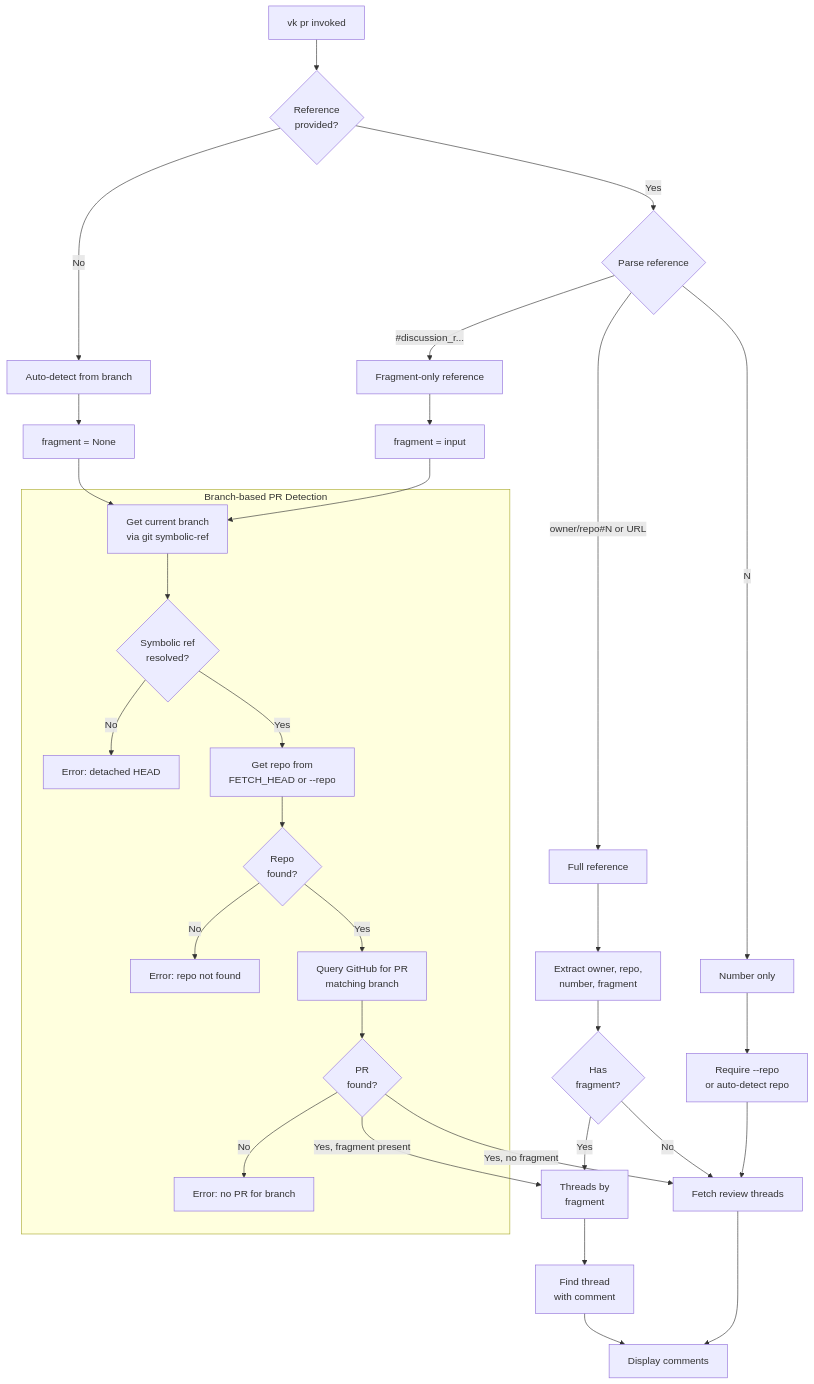
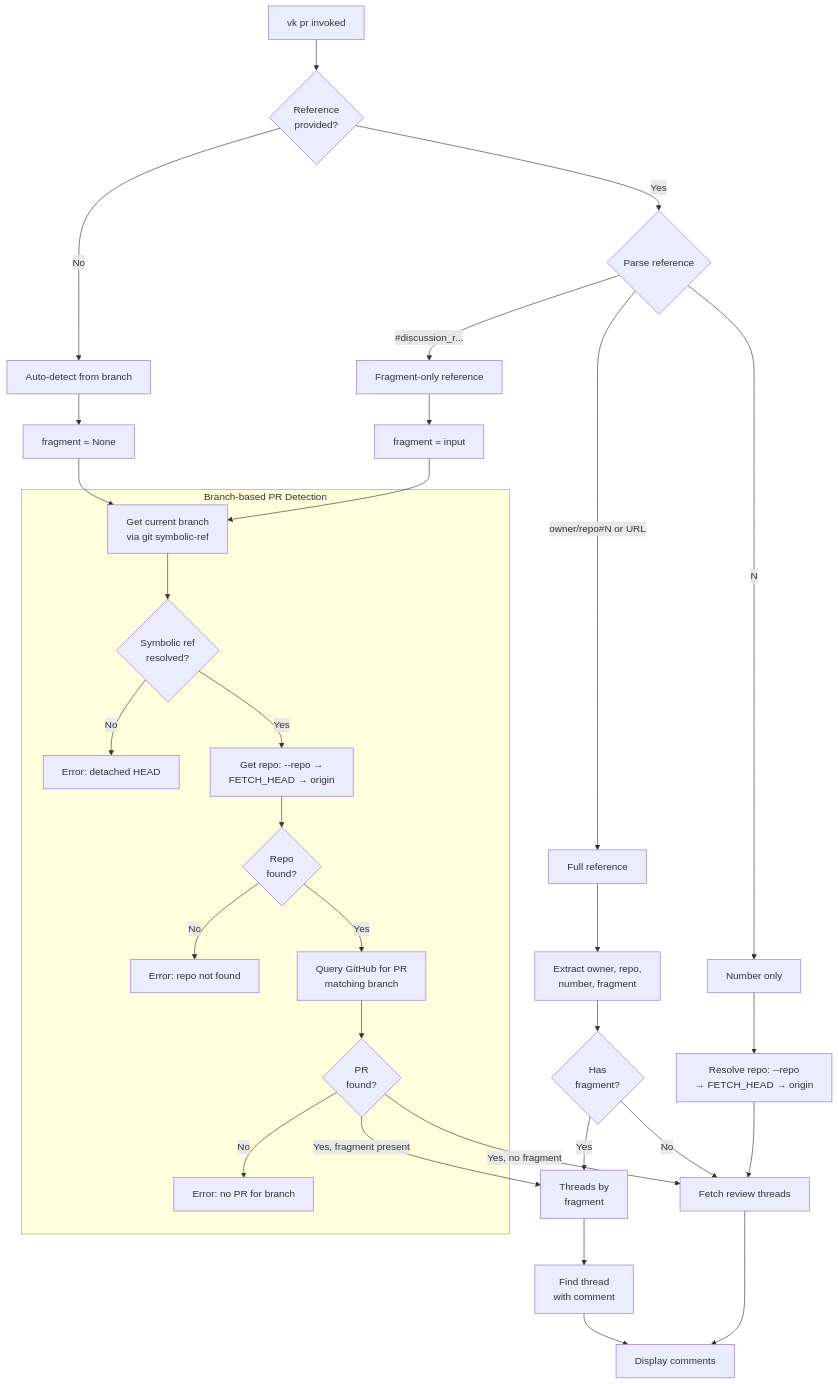
Before and after one commit to leynos/vk: the fourth of 5 diagrams in docs/vk-design.md, drawn with Mermaid. The commit also changed other lines of this file and 2 other files, not shown here.

First line of the commit message:
Document the three-tier repo resolution and trace which source wins

````diff
--- a/docs/vk-design.md
+++ b/docs/vk-design.md
@@ -250,46 +250,46 @@
 ```mermaid
 flowchart TD
     START[vk pr invoked] --> CHECK_REF{Reference<br/>provided?}
 
     CHECK_REF -->|No| AUTO[Auto-detect from branch]
     CHECK_REF -->|Yes| PARSE_REF{Parse reference}
 
     PARSE_REF -->|"#discussion_r..."| FRAG_ONLY[Fragment-only reference]
     PARSE_REF -->|"owner/repo#N" or URL| FULL_REF[Full reference]
     PARSE_REF -->|"N"| NUMBER_ONLY[Number only]
 
     AUTO --> SET_NO_FRAG[fragment = None]
     FRAG_ONLY --> SET_FRAG[fragment = input]
 
     subgraph branch_detect [Branch-based PR Detection]
         GET_BRANCH[Get current branch<br/>via git symbolic-ref]
         GET_BRANCH --> BRANCH_OK{Symbolic ref<br/>resolved?}
         BRANCH_OK -->|No| ERR_DETACHED[Error: detached HEAD]
-        BRANCH_OK -->|Yes| GET_REPO[Get repo from<br/>FETCH_HEAD or --repo]
+        BRANCH_OK -->|Yes| GET_REPO[Get repo: --repo →<br/>FETCH_HEAD → origin]
         GET_REPO --> REPO_OK{Repo<br/>found?}
         REPO_OK -->|No| ERR_REPO[Error: repo not found]
         REPO_OK -->|Yes| QUERY_PR[Query GitHub for PR<br/>matching branch]
         QUERY_PR --> PR_FOUND{PR<br/>found?}
         PR_FOUND -->|No| ERR_NO_PR[Error: no PR for branch]
     end
 
     SET_NO_FRAG --> GET_BRANCH
     SET_FRAG --> GET_BRANCH
 
     PR_FOUND -->|"Yes, fragment present"| FETCH_WITH_FRAG
     PR_FOUND -->|"Yes, no fragment"| FETCH_THREADS
 
     FULL_REF --> EXTRACT[Extract owner, repo,<br/>number, fragment]
     EXTRACT --> HAS_FRAG{Has<br/>fragment?}
     HAS_FRAG -->|Yes| FETCH_WITH_FRAG
     HAS_FRAG -->|No| FETCH_THREADS
 
-    NUMBER_ONLY --> NEED_REPO[Require --repo<br/>or auto-detect repo]
+    NUMBER_ONLY --> NEED_REPO[Resolve repo: --repo<br/>→ FETCH_HEAD → origin]
     NEED_REPO --> FETCH_THREADS
 
     FETCH_THREADS[Fetch review threads] --> DISPLAY[Display comments]
     FETCH_WITH_FRAG[Threads by<br/>fragment]
     FIND_THREAD[Find thread<br/>with comment]
     FETCH_WITH_FRAG --> FIND_THREAD
     FIND_THREAD --> DISPLAY
 ```
````
